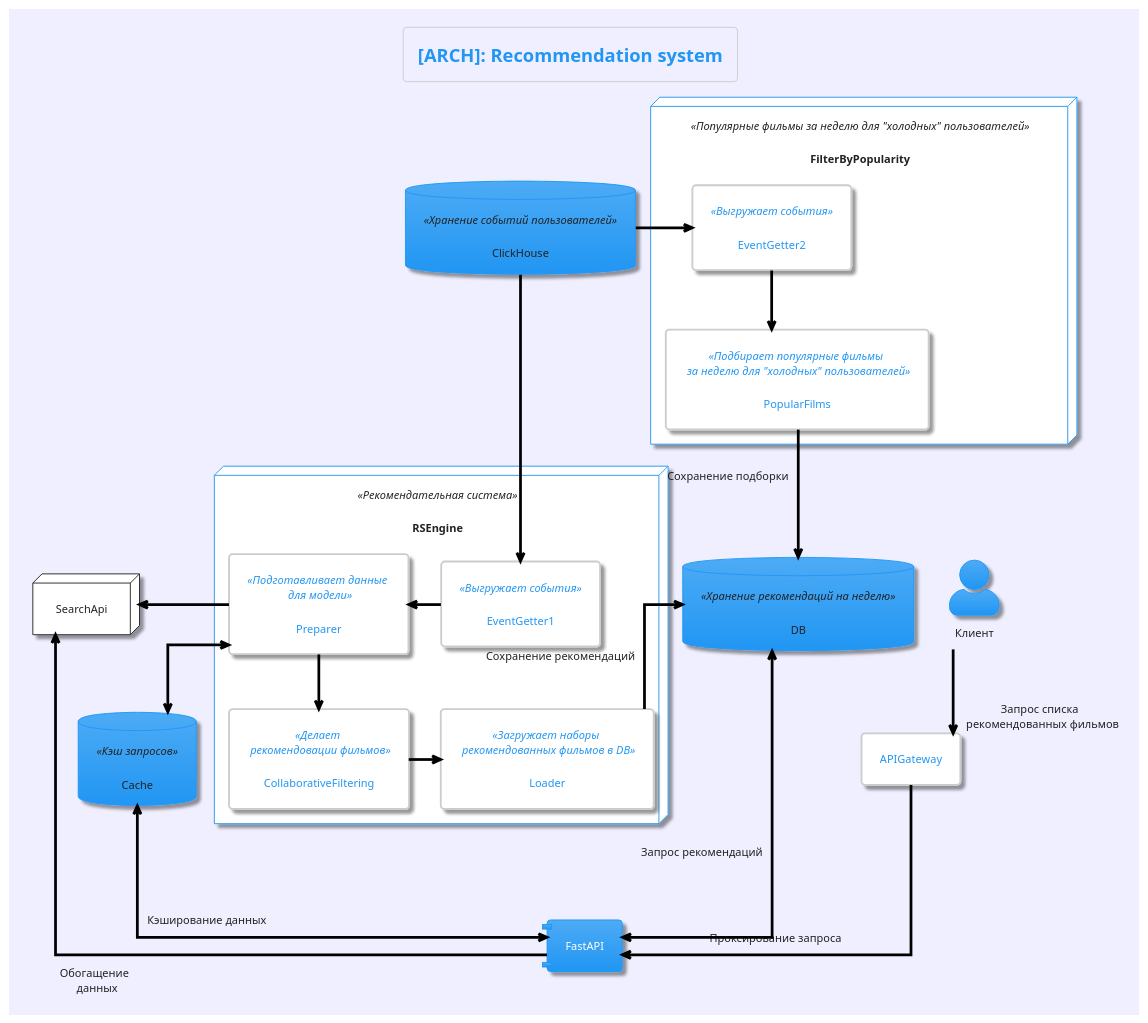
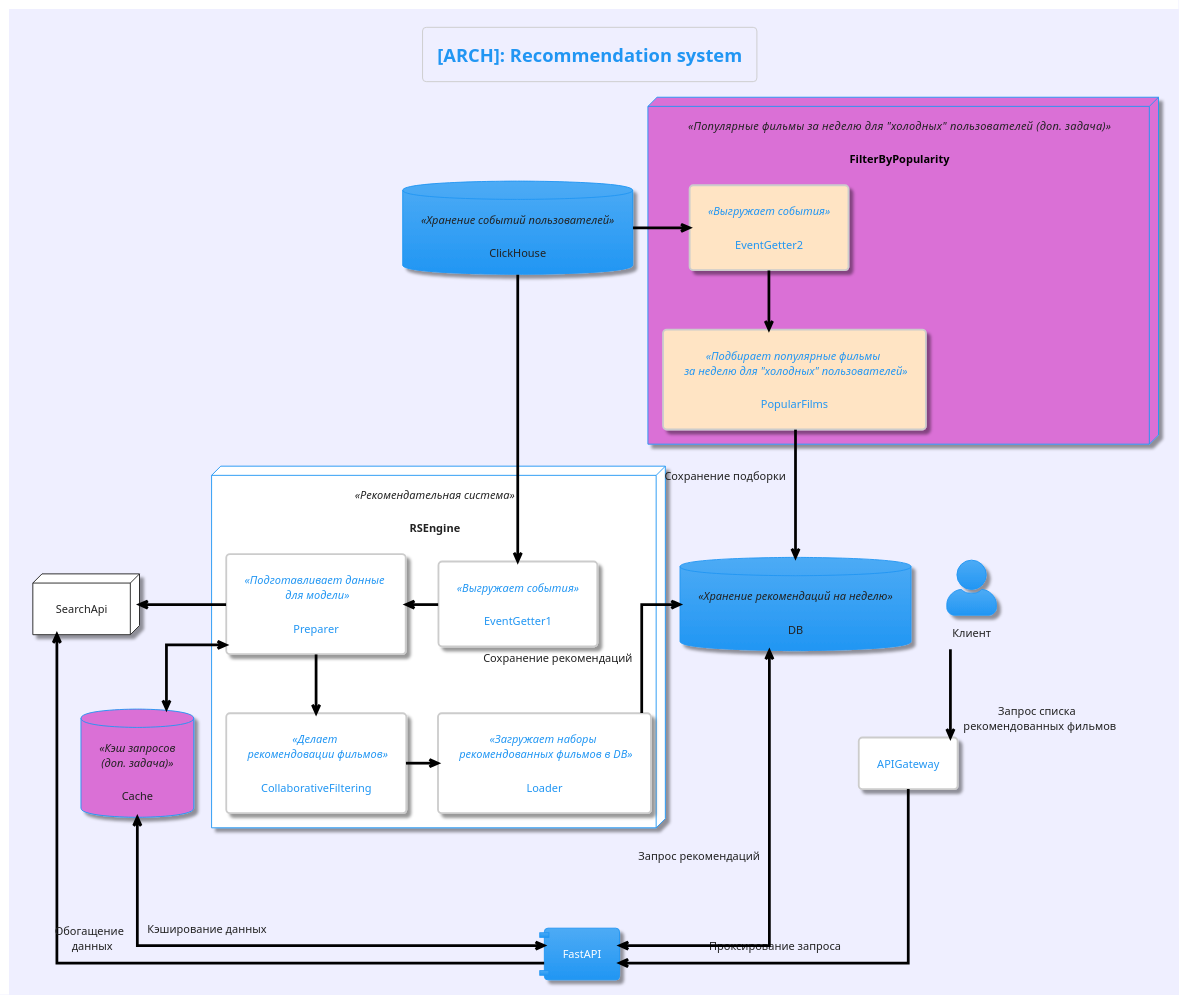
Before and after one commit to CatLecter/RS: the diagram in architecture/recsys_architecture_v1.puml, drawn with PlantUML.

Commit message:
updated arch

```diff
--- a/architecture/recsys_architecture_v1.puml
+++ b/architecture/recsys_architecture_v1.puml
@@ -1,46 +1,47 @@
 @startuml
 !theme materia
 skinparam componentStyle uml1
 skinparam backgroundColor MOTIVATION
 skinparam linetype ortho
 skinparam actorStyle awesome
 skinparam defaultTextAlignment center
 skinparam classarrowcolor Black
 skinparam SequenceMessageAlign reverseDirection
 
 title [ARCH]: Recommendation system
 
 rectangle APIGateway
 actor Клиент as Client
 component FastAPI
 database DB <<Хранение рекомендаций на неделю>>
-database Cache <<Кэш запросов>>
+database Cache <<Кэш запросов\n(доп. задача)>> #orchid
 node SearchApi
 database ClickHouse <<Хранение событий пользователей>>
 node RSEngine <<Рекомендательная система>> {
     rectangle EventGetter1 <<Выгружает события>>
     rectangle Preparer <<Подготавливает данные \n для модели>>
     rectangle Loader <<Загружает наборы \n рекомендованных фильмов в DB>>
     rectangle CollaborativeFiltering <<Делает \n рекомендовации фильмов>>
 }
-node FilterByPopularity <<Популярные фильмы за неделю для "холодных" пользователей>> {
-    rectangle EventGetter2 <<Выгружает события>>
-    rectangle PopularFilms <<Подбирает популярные фильмы \n за неделю для "холодных" пользователей>>
+node <color:Black>FilterByPopularity</color> <<Популярные фильмы за неделю \
+     для "холодных" пользователей (доп. задача)>> #orchid {
+    rectangle EventGetter2 <<Выгружает события>> #bisque
+    rectangle PopularFilms <<Подбирает популярные фильмы \n за неделю для "холодных" пользователей>> #bisque
 }
 
 Client --> APIGateway: Запрос списка \n рекомендованных фильмов
 APIGateway ---> FastAPI: Проксирование запроса
 FastAPI <-up--> DB: Запрос рекомендаций
 ClickHouse --> EventGetter1
 ClickHouse -right-> EventGetter2
 EventGetter1 -left-> Preparer
 Preparer -down-> CollaborativeFiltering
 Preparer -left-> SearchApi
 Preparer <--> Cache
 CollaborativeFiltering -right-> Loader
 EventGetter2 -down-> PopularFilms
 PopularFilms --> DB: Сохранение подборки
 DB <-- Loader: Сохранение рекомендаций
 FastAPI -up-> SearchApi: Обогащение \n данных
 FastAPI <-up--> Cache: Кэширование данных
 @enduml
```
